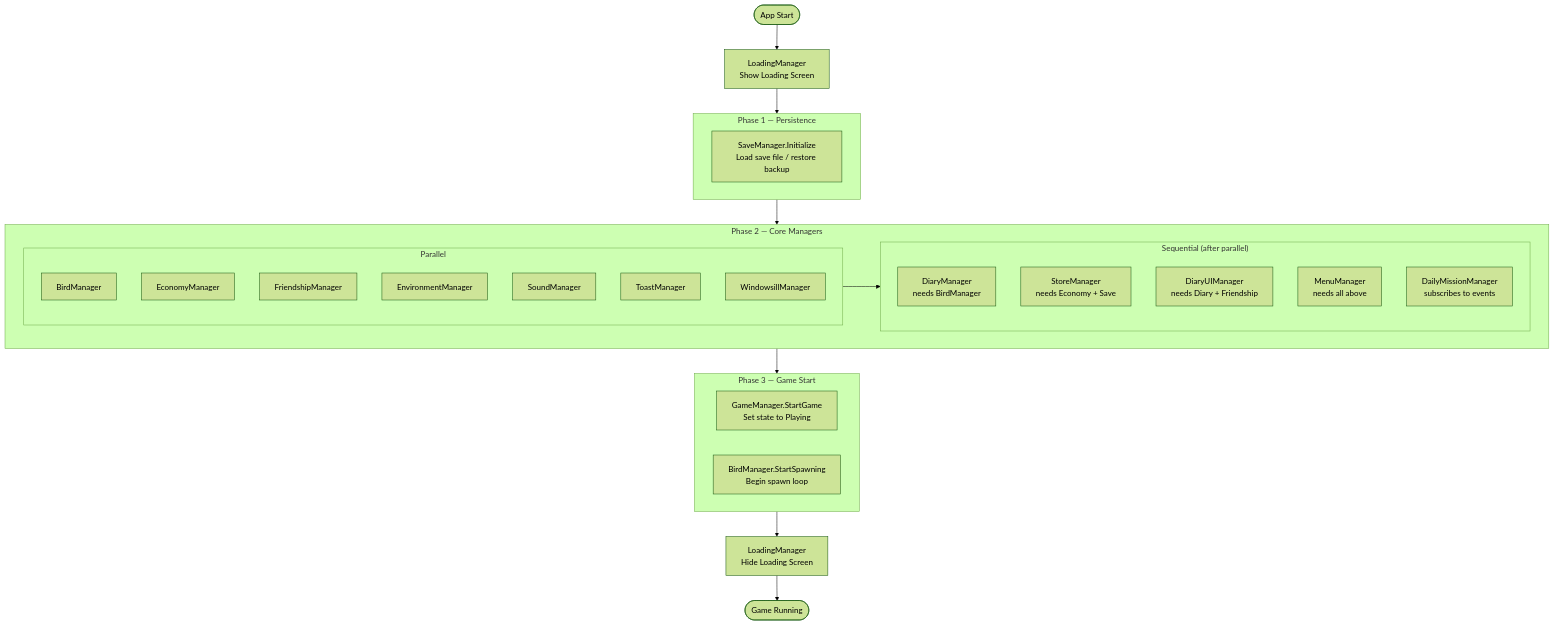
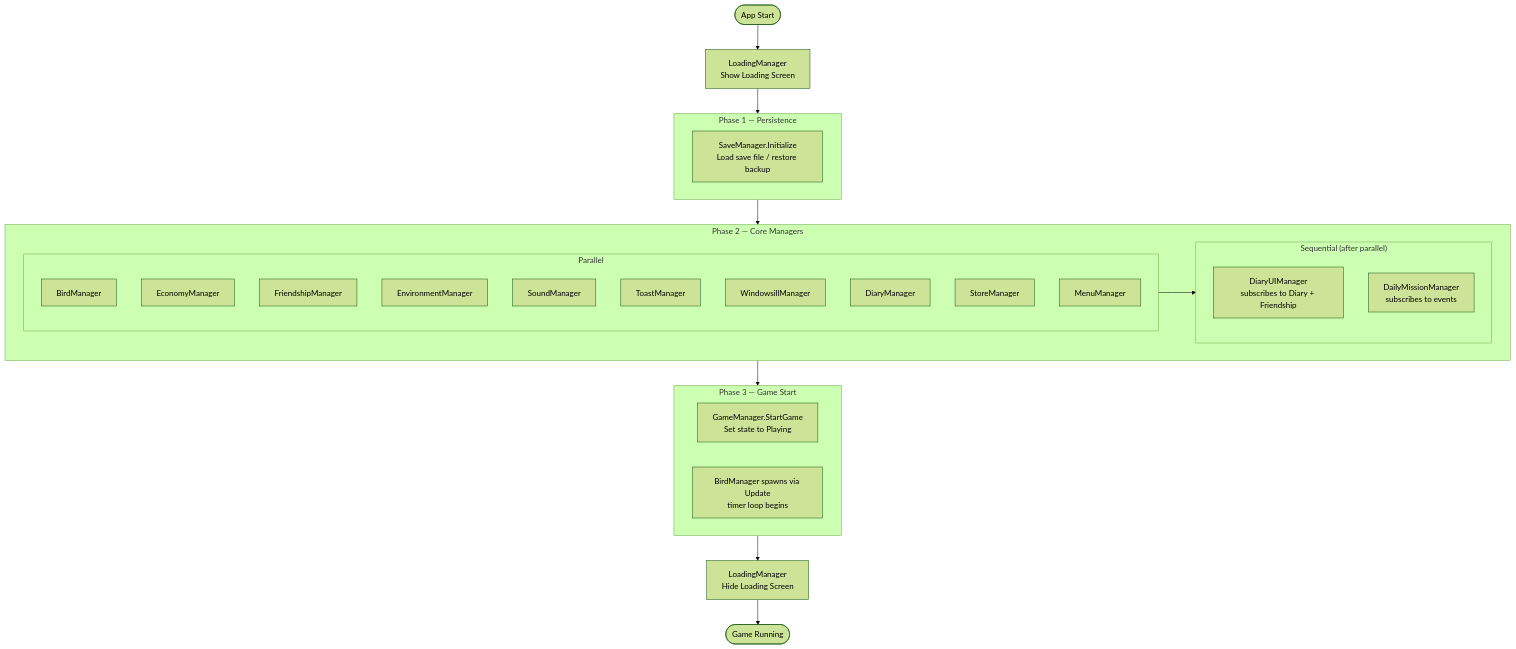
One commit to kitoss1/Birdie changed the second of 14 diagrams in docs/product/architecture.md. Above: the diagram before and after it, drawn with Mermaid (forest theme). The commit also changed other lines of this file and 3 other files, not shown here.

````diff
--- a/docs/product/architecture.md
+++ b/docs/product/architecture.md
@@ -64,42 +67,42 @@
 ```mermaid
 flowchart TD
     START([App Start]) --> LOAD[LoadingManager\nShow Loading Screen]
     LOAD --> P1
 
     subgraph P1["Phase 1 — Persistence"]
         SVM[SaveManager.Initialize\nLoad save file / restore backup]
     end
 
     P1 --> P2
 
     subgraph P2["Phase 2 — Core Managers"]
         direction LR
         subgraph PARALLEL["Parallel"]
             BM2[BirdManager]
             EM2[EconomyManager]
             FM2[FriendshipManager]
             ENV2[EnvironmentManager]
             SM2[SoundManager]
             TM2[ToastManager]
             WM2[WindowsillManager]
+            DM2[DiaryManager]
+            STM2[StoreManager]
+            MM2[MenuManager]
         end
         subgraph SEQ["Sequential (after parallel)"]
-            DM2[DiaryManager\nneeds BirdManager]
-            STM2[StoreManager\nneeds Economy + Save]
-            DUI2[DiaryUIManager\nneeds Diary + Friendship]
-            MM2[MenuManager\nneeds all above]
+            DUI2[DiaryUIManager\nsubscribes to Diary + Friendship]
             DMM2[DailyMissionManager\nsubscribes to events]
         end
         PARALLEL --> SEQ
     end
 
     P2 --> P3
 
     subgraph P3["Phase 3 — Game Start"]
         GS[GameManager.StartGame\nSet state to Playing]
-        BS[BirdManager.StartSpawning\nBegin spawn loop]
+        BS[BirdManager spawns via Update\ntimer loop begins]
     end
 
     P3 --> HIDE[LoadingManager\nHide Loading Screen]
     HIDE --> RUNNING([Game Running])
 ```
````
